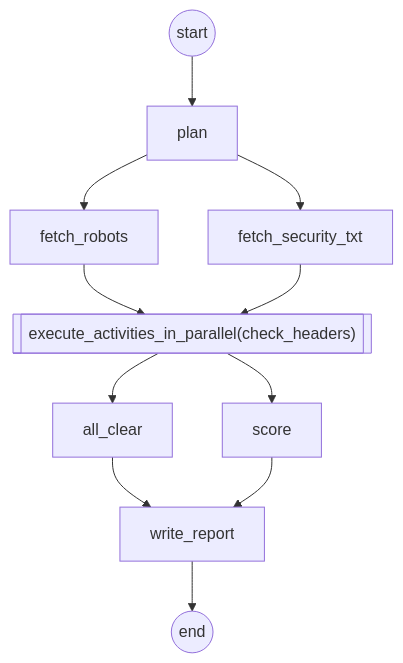
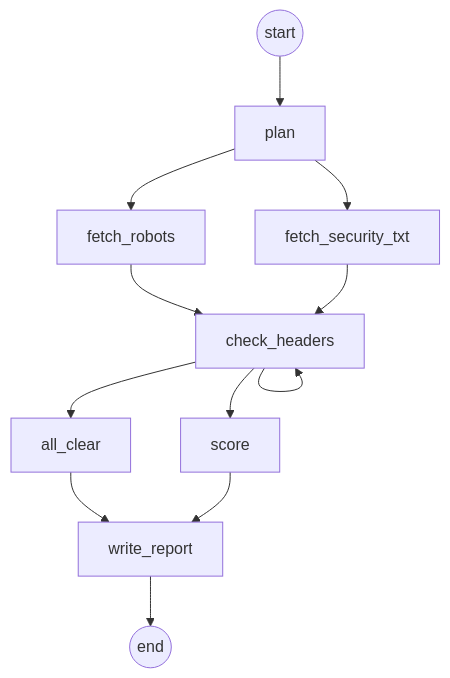
The diagram in examples/sweep/README.md (medmahmoudi26/kontra-sdk), drawn with Mermaid before and after one commit. The commit also changed other lines of this file and 24 other files, not shown here.

````diff
--- a/examples/sweep/README.md
+++ b/examples/sweep/README.md
@@ -63,23 +67,24 @@
 ```mermaid
 %% acme/sweep@0.1.0
 flowchart TD
     s((start))
     n0["plan"]
     n1["fetch_robots"]
     n2["fetch_security_txt"]
-    n3[["execute_activities_in_parallel(check_headers)"]]
+    n3["check_headers"]
     n4["all_clear"]
     n5["write_report"]
     n6["score"]
     e((end))
     n4 --> n5
+    n3 --> n4
+    n3 --> n3
+    n3 --> n6
     n1 --> n3
     n2 --> n3
-    n3 --> n4
-    n3 --> n6
     n0 --> n1
     n0 --> n2
     n6 --> n5
     s --> n0
     n5 --> e
 ```
````
